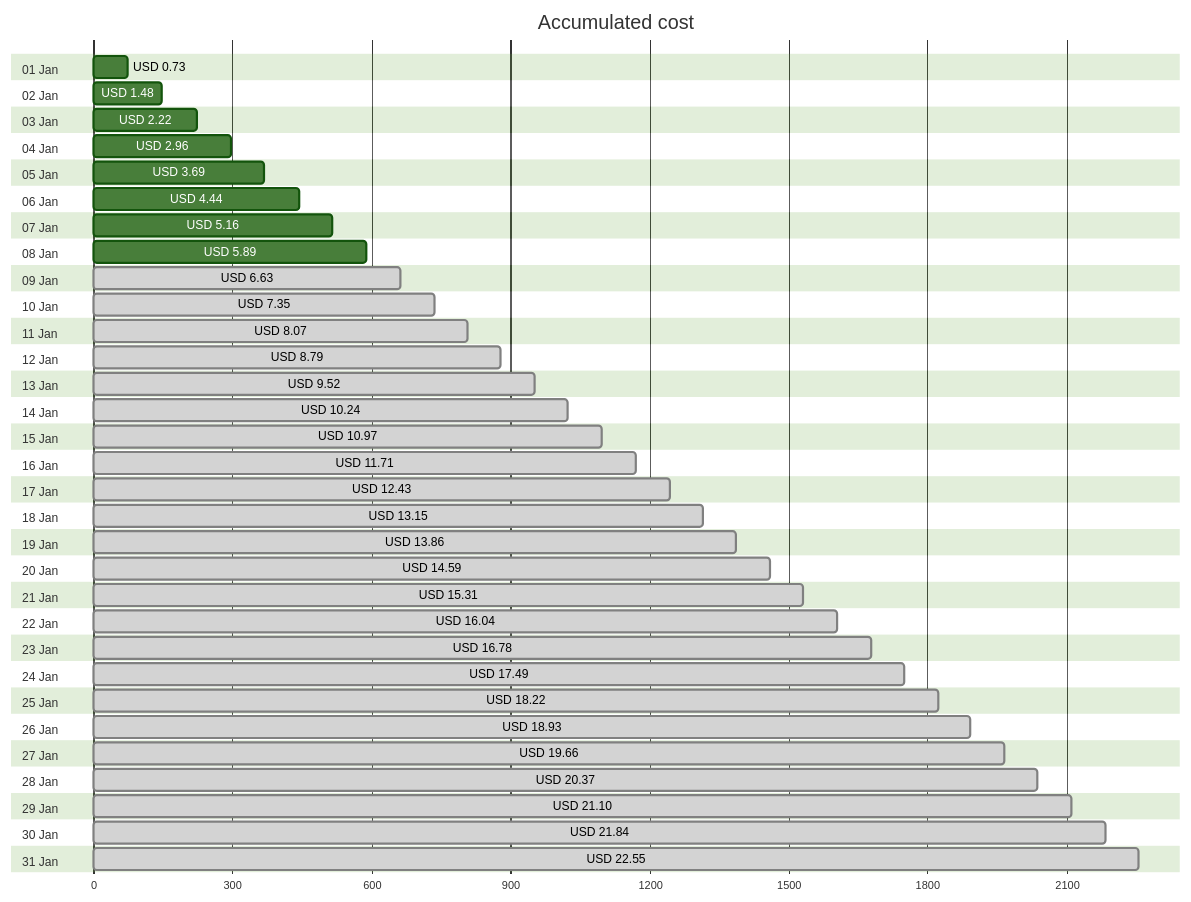
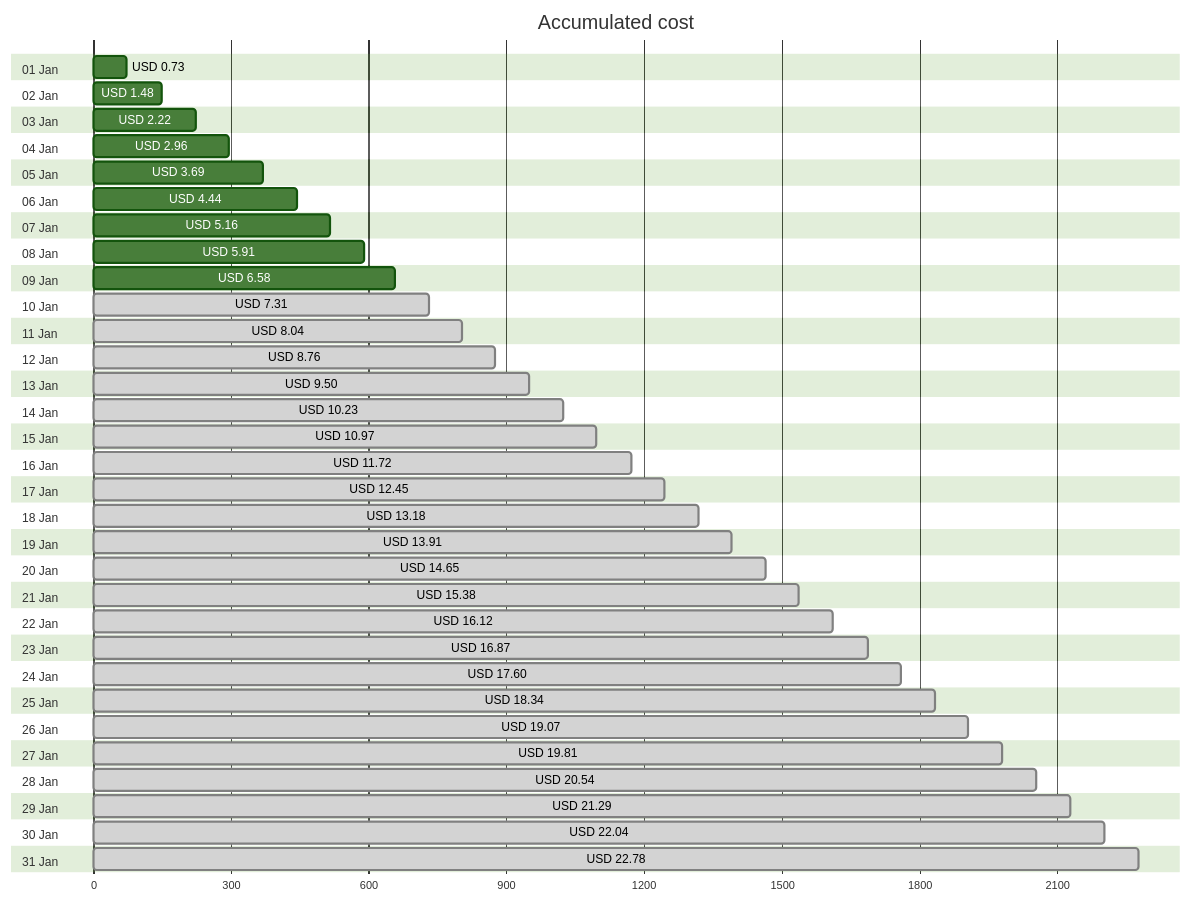
One commit to jpfulton/azure-personal-reports changed the first of 4 diagrams in cost-reports/personal-network/backup-server-data-disk.md. Above: the diagram before and after it, drawn with Mermaid (forest theme). The commit also changed other lines of this file and 8 other files, not shown here.

````diff
--- a/cost-reports/personal-network/backup-server-data-disk.md
+++ b/cost-reports/personal-network/backup-server-data-disk.md
@@ -20,68 +20,68 @@
 ```mermaid
 gantt
    title Accumulated cost
    dateFormat  X
    axisFormat %s
    section 01 Jan
    USD 0.73 :0, 73
    section 02 Jan
    USD 1.48 :0, 148
    section 03 Jan
    USD 2.22 :0, 222
    section 04 Jan
    USD 2.96 :0, 296
    section 05 Jan
    USD 3.69 :0, 369
    section 06 Jan
    USD 4.44 :0, 444
    section 07 Jan
    USD 5.16 :0, 516
    section 08 Jan
-   USD 5.89 :0, 589
+   USD 5.91 :0, 591
    section 09 Jan
-   USD 6.63 : done, 0, 663
+   USD 6.58 :0, 658
    section 10 Jan
-   USD 7.35 : done, 0, 735
+   USD 7.31 : done, 0, 731
    section 11 Jan
-   USD 8.07 : done, 0, 807
+   USD 8.04 : done, 0, 804
    section 12 Jan
-   USD 8.79 : done, 0, 879
+   USD 8.76 : done, 0, 876
    section 13 Jan
-   USD 9.52 : done, 0, 952
+   USD 9.50 : done, 0, 950
    section 14 Jan
-   USD 10.24 : done, 0, 1024
+   USD 10.23 : done, 0, 1023
    section 15 Jan
    USD 10.97 : done, 0, 1097
    section 16 Jan
-   USD 11.71 : done, 0, 1171
+   USD 11.72 : done, 0, 1172
    section 17 Jan
-   USD 12.43 : done, 0, 1243
+   USD 12.45 : done, 0, 1245
    section 18 Jan
-   USD 13.15 : done, 0, 1315
+   USD 13.18 : done, 0, 1318
    section 19 Jan
-   USD 13.86 : done, 0, 1386
+   USD 13.91 : done, 0, 1391
    section 20 Jan
-   USD 14.59 : done, 0, 1459
+   USD 14.65 : done, 0, 1465
    section 21 Jan
-   USD 15.31 : done, 0, 1531
+   USD 15.38 : done, 0, 1538
    section 22 Jan
-   USD 16.04 : done, 0, 1604
+   USD 16.12 : done, 0, 1612
    section 23 Jan
-   USD 16.78 : done, 0, 1678
+   USD 16.87 : done, 0, 1687
    section 24 Jan
-   USD 17.49 : done, 0, 1749
+   USD 17.60 : done, 0, 1760
    section 25 Jan
-   USD 18.22 : done, 0, 1822
+   USD 18.34 : done, 0, 1834
    section 26 Jan
-   USD 18.93 : done, 0, 1893
+   USD 19.07 : done, 0, 1907
    section 27 Jan
-   USD 19.66 : done, 0, 1966
+   USD 19.81 : done, 0, 1981
    section 28 Jan
-   USD 20.37 : done, 0, 2037
+   USD 20.54 : done, 0, 2054
    section 29 Jan
-   USD 21.10 : done, 0, 2110
+   USD 21.29 : done, 0, 2129
    section 30 Jan
-   USD 21.84 : done, 0, 2184
+   USD 22.04 : done, 0, 2204
    section 31 Jan
-   USD 22.55 : done, 0, 2255
+   USD 22.78 : done, 0, 2278
 ```
````
